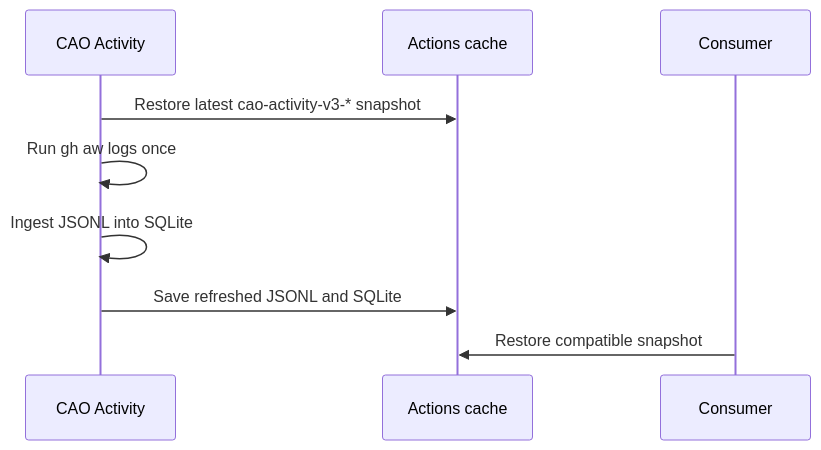
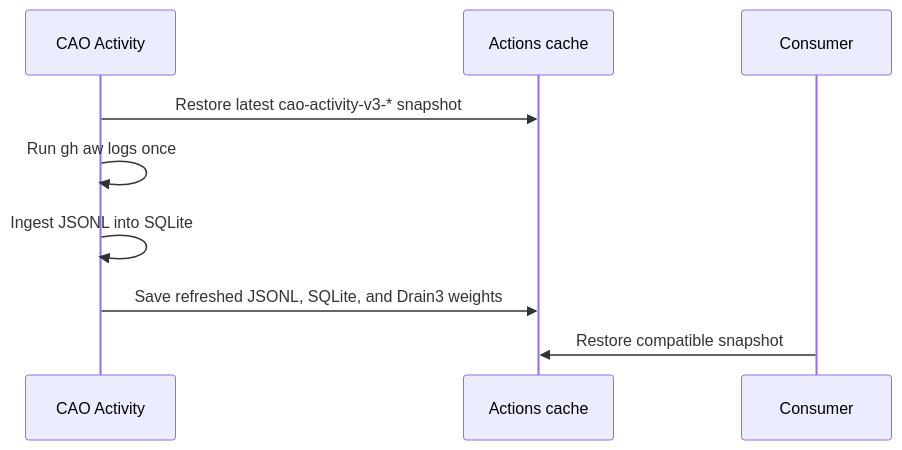
One commit to githubnext/gh-aw-cao changed the diagram in docs/activity.md. Above: the diagram before and after it, drawn with Mermaid. The commit also changed other lines of this file and 3 other files, not shown here.

Commit message:
Cache and reuse Drain3 weights

````diff
--- a/docs/activity.md
+++ b/docs/activity.md
@@ -15,12 +15,12 @@
 ```mermaid
 sequenceDiagram
   participant Activity as CAO Activity
   participant Cache as Actions cache
   participant Consumer as Consumer
 
   Activity->>Cache: Restore latest cao-activity-v3-* snapshot
   Activity->>Activity: Run gh aw logs once
   Activity->>Activity: Ingest JSONL into SQLite
-  Activity->>Cache: Save refreshed JSONL and SQLite
+  Activity->>Cache: Save refreshed JSONL, SQLite, and Drain3 weights
   Consumer->>Cache: Restore compatible snapshot
 ```
````
